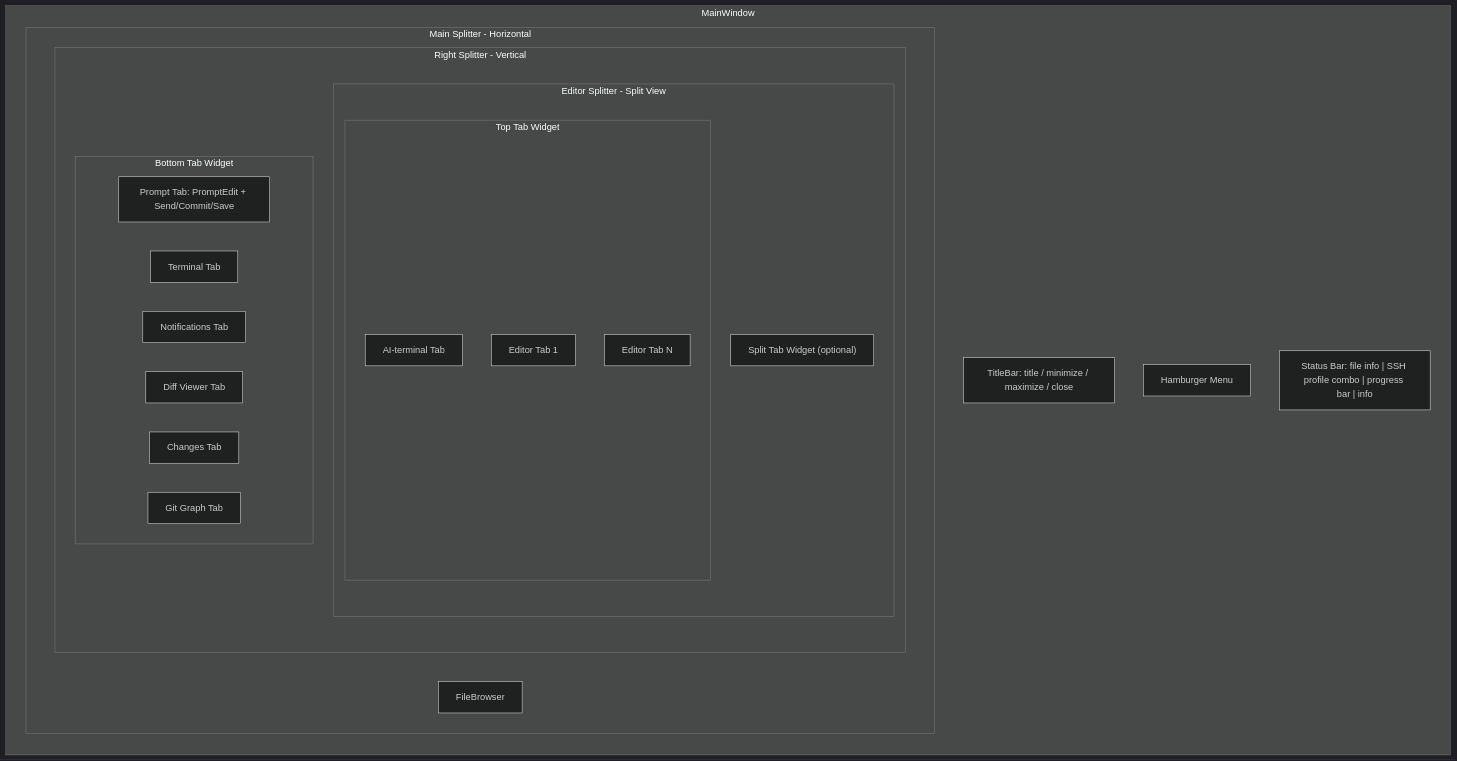
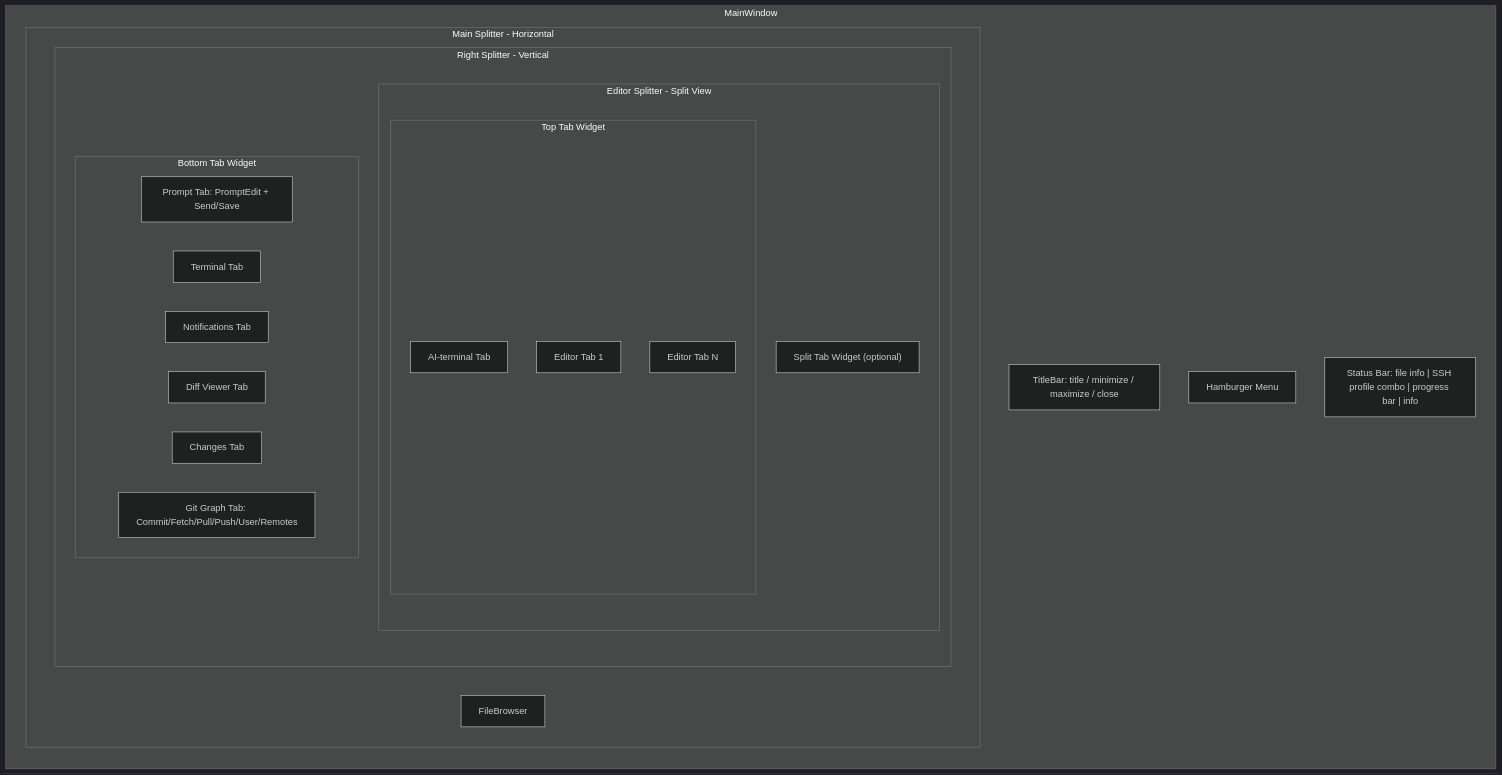
Before and after one commit to dkrse/vibe-coder: the first of 19 diagrams in docs/diagrams.md, drawn with Mermaid (dark theme). The commit also changed other lines of this file and 18 other files, not shown here.

````diff
--- a/docs/diagrams.md
+++ b/docs/diagrams.md
@@ -5,35 +5,35 @@
 ```mermaid
 graph TB
     subgraph MainWindow
         direction TB
         TB["TitleBar: title / minimize / maximize / close"]
         HM[Hamburger Menu]
         SB["Status Bar: file info | SSH profile combo | progress bar | info"]
 
         subgraph MainSplitter[Main Splitter - Horizontal]
             direction LR
             FB[FileBrowser]
 
             subgraph RightSplitter[Right Splitter - Vertical]
                 direction TB
                 subgraph EditorSplitter[Editor Splitter - Split View]
                     subgraph TabWidget[Top Tab Widget]
                         T0[AI-terminal Tab]
                         T1[Editor Tab 1]
                         T2[Editor Tab N]
                     end
                     STW["Split Tab Widget (optional)"]
                 end
 
                 subgraph BottomTabWidget[Bottom Tab Widget]
-                    PT[Prompt Tab: PromptEdit + Send/Commit/Save]
+                    PT[Prompt Tab: PromptEdit + Send/Save]
                     BT[Terminal Tab]
                     NT[Notifications Tab]
                     DV[Diff Viewer Tab]
                     CM[Changes Tab]
-                    GG[Git Graph Tab]
+                    GG[Git Graph Tab: Commit/Fetch/Pull/Push/User/Remotes]
                 end
             end
         end
     end
 ```
````
